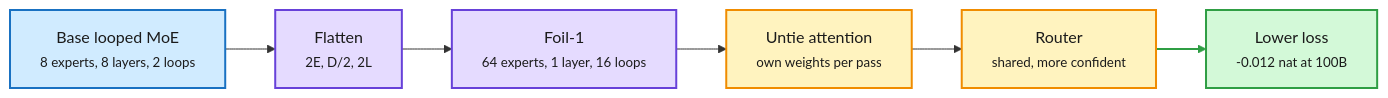
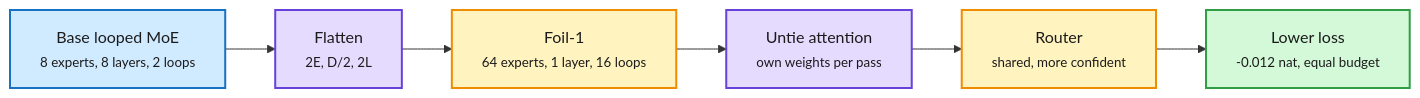
Before and after one commit to bayesiansapien/cere-bro: the fourth of 7 diagrams in wiki/daily-digest/2026-10/2026-10-04.md, drawn with Mermaid. The commit also changed other lines of this file, not shown here.

````diff
--- a/wiki/daily-digest/2026-10/2026-10-04.md
+++ b/wiki/daily-digest/2026-10/2026-10-04.md
@@ -284,17 +216,16 @@
 ```mermaid
 flowchart LR
   B["Base looped MoE<br/><small>8 experts, 8 layers, 2 loops</small>"] --> F["Flatten<br/><small>2E, D/2, 2L</small>"]
   F --> P["Foil-1<br/><small>64 experts, 1 layer, 16 loops</small>"]
   P --> U["Untie attention<br/><small>own weights per pass</small>"]
   U --> R["Router<br/><small>shared, more confident</small>"]
-  R --> O["Lower loss<br/><small>-0.012 nat at 100B</small>"]
+  R --> O["Lower loss<br/><small>-0.012 nat, equal budget</small>"]
   classDef input fill:#d0ebff,stroke:#1971c2,color:#1b1b1b,stroke-width:2px
   classDef core fill:#e5dbff,stroke:#6741d9,color:#1b1b1b,stroke-width:2px
   classDef loop fill:#fff3bf,stroke:#f08c00,color:#1b1b1b,stroke-width:2px
   classDef exit fill:#d3f9d8,stroke:#2f9e44,color:#1b1b1b,stroke-width:2px
   class B input
-  class F,P core
-  class U,R loop
+  class F,U core
+  class P,R loop
   class O exit
-  linkStyle 4 stroke:#2f9e44,stroke-width:2px
 ```
````
